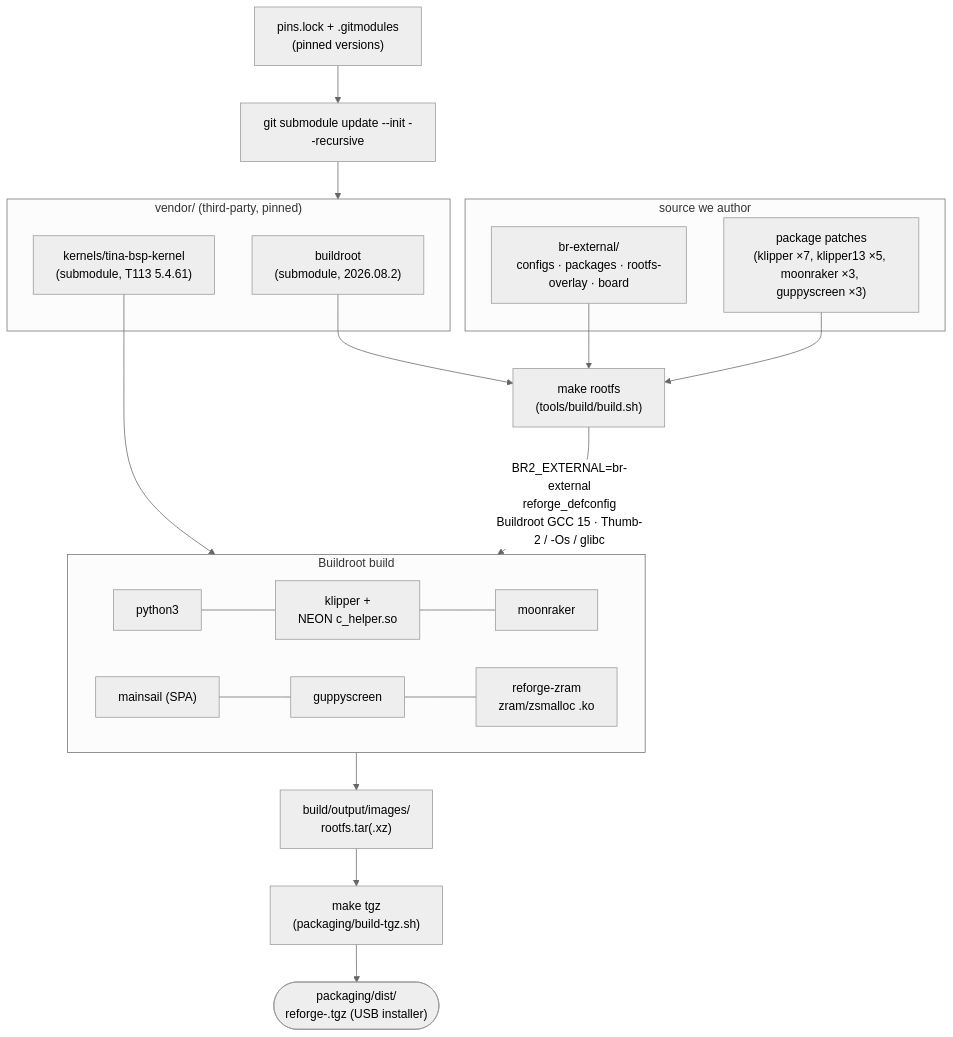
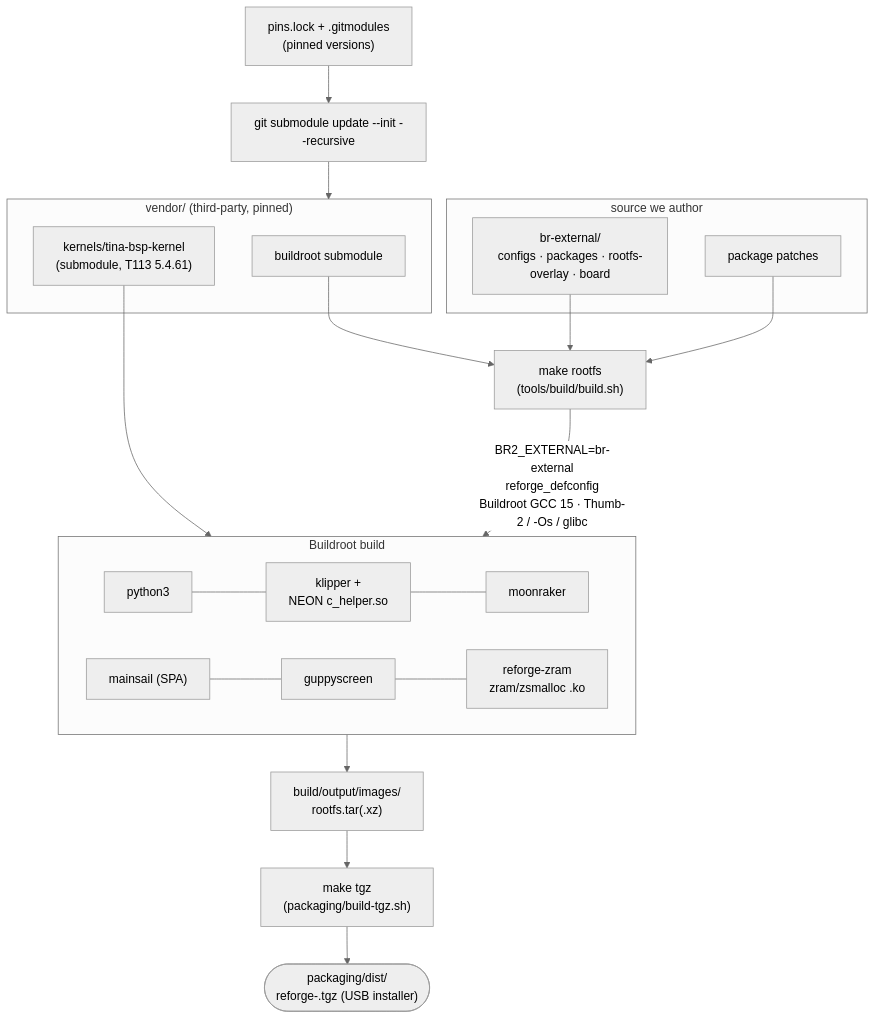
Before and after one commit to maci0/reforge: the first of 2 diagrams in docs/build-process.md, drawn with Mermaid (neutral theme). The commit also changed other lines of this file and 34 other files, not shown here.

````diff
--- a/docs/build-process.md
+++ b/docs/build-process.md
@@ -29,31 +31,31 @@
 ```mermaid
 flowchart TB
     PINS["pins.lock + .gitmodules<br/>(pinned versions)"] --> SUB
 
     subgraph vendor["vendor/ (third-party, pinned)"]
-        BR["buildroot<br/>(submodule, 2026.08.2)"]
+        BR["buildroot submodule"]
         BSP["kernels/tina-bsp-kernel<br/>(submodule, T113 5.4.61)"]
     end
     SUB["git submodule update --init --recursive"] --> vendor
 
     subgraph src["source we author"]
         EXT["br-external/<br/>configs · packages · rootfs-overlay · board"]
-        PATCH["package patches<br/>(klipper ×7, klipper13 ×5, moonraker ×3, guppyscreen ×3)"]
+        PATCH["package patches"]
     end
 
     BR --> MK["make rootfs<br/>(tools/build/build.sh)"]
     EXT --> MK
     PATCH --> MK
     MK -->|"BR2_EXTERNAL=br-external<br/>reforge_defconfig<br/>Buildroot GCC 15 · Thumb-2 / -Os / glibc"| BUILD
 
     subgraph BUILD["Buildroot build"]
         direction LR
         PY["python3"] --- KLP["klipper +<br/>NEON c_helper.so"] --- MOO["moonraker"]
         MAIN["mainsail (SPA)"] --- GUP["guppyscreen"] --- ZR["reforge-zram<br/>zram/zsmalloc .ko"]
     end
     BSP --> ZR
 
     BUILD --> OUT["build/output/images/<br/>rootfs.tar(.xz)"]
     OUT --> TGZ["make tgz<br/>(packaging/build-tgz.sh)"]
     TGZ --> DIST(["packaging/dist/<br/>reforge-<ver>.tgz  (USB installer)"])
 ```
````
